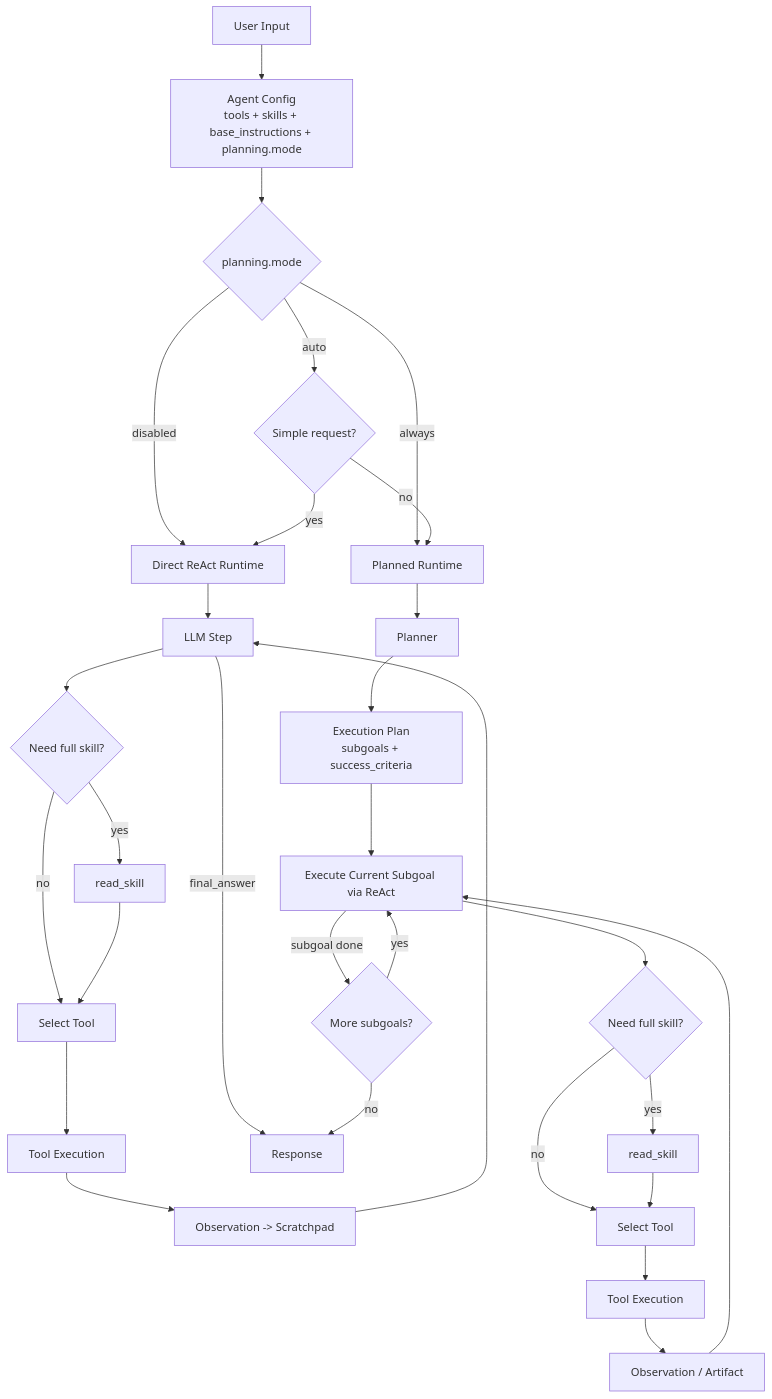
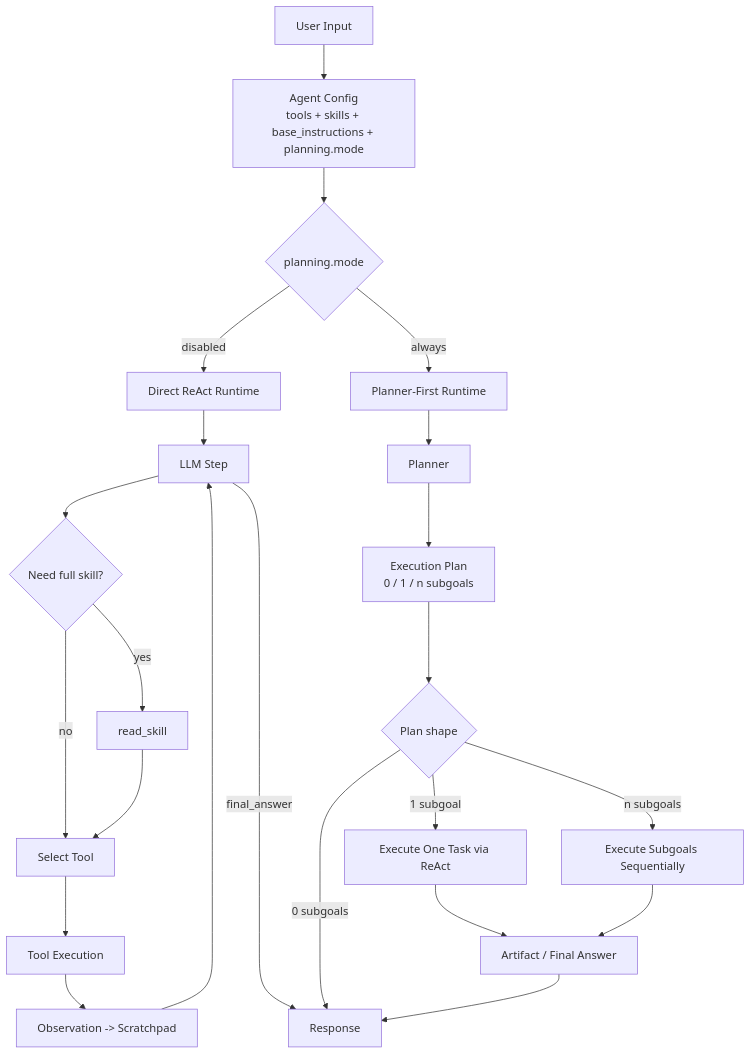
The first of 2 diagrams in README.md (newgpp/agent-claw), drawn with Mermaid before and after one commit. The commit also changed other lines of this file and 5 other files, not shown here.

Commit message:
Align docs and API with planner-first runtime

````diff
--- a/README.md
+++ b/README.md
@@ -11,36 +11,30 @@
 ```mermaid
 flowchart TD
     A[User Input] --> B[Agent Config<br/>tools + skills + base_instructions + planning.mode]
     B --> C{planning.mode}
 
     C -->|disabled| D[Direct ReAct Runtime]
-    C -->|auto| E{Simple request?}
-    C -->|always| F[Planned Runtime]
+    C -->|always| E[Planner-First Runtime]
 
-    E -->|yes| D
-    E -->|no| F
+    D --> F[LLM Step]
+    F --> G{Need full skill?}
+    G -->|yes| H[read_skill]
+    G -->|no| I[Select Tool]
+    H --> I
+    I --> J[Tool Execution]
+    J --> K[Observation -> Scratchpad]
+    K --> F
+    F -->|final_answer| L[Response]
 
-    D --> G[LLM Step]
-    G --> H{Need full skill?}
-    H -->|yes| I[read_skill]
-    H -->|no| J[Select Tool]
-    I --> J
-    J --> K[Tool Execution]
-    K --> L[Observation -> Scratchpad]
-    L --> G
-    G -->|final_answer| M[Response]
+    E --> M[Planner]
+    M --> N[Execution Plan<br/>0 / 1 / n subgoals]
+    N --> O{Plan shape}
 
-    F --> N[Planner]
-    N --> O[Execution Plan<br/>subgoals + success_criteria]
-    O --> P[Execute Current Subgoal via ReAct]
-    P --> Q{Need full skill?}
-    Q -->|yes| I2[read_skill]
-    Q -->|no| J2[Select Tool]
-    I2 --> J2
-    J2 --> K2[Tool Execution]
-    K2 --> L2[Observation / Artifact]
-    L2 --> P
-    P -->|subgoal done| R{More subgoals?}
-    R -->|yes| P
-    R -->|no| M
+    O -->|0 subgoals| L
+    O -->|1 subgoal| P[Execute One Task via ReAct]
+    O -->|n subgoals| Q[Execute Subgoals Sequentially]
+
+    P --> R[Artifact / Final Answer]
+    Q --> R
+    R --> L
 ```
````
